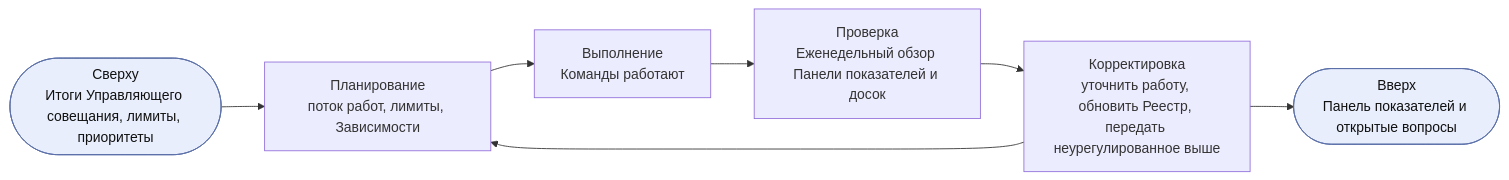
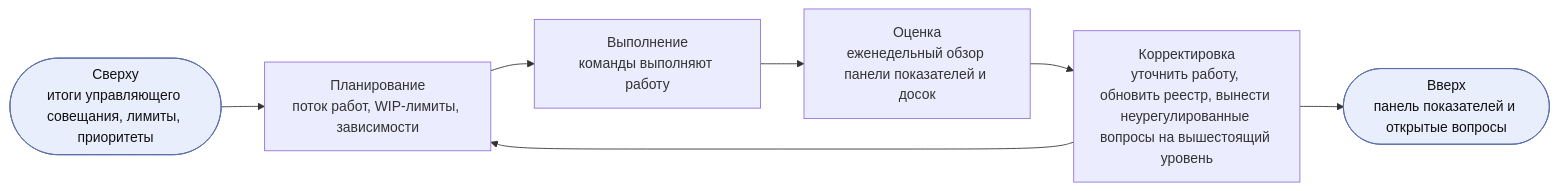
The fifth of 8 diagrams in charter/ru/documents/operating-model.md (devhogu/ob-aicc), drawn with Mermaid before and after one commit. The commit also changed other lines of this file and 2 other files, not shown here.

````diff
--- a/charter/ru/documents/operating-model.md
+++ b/charter/ru/documents/operating-model.md
@@ -224,7 +224,7 @@
 ```mermaid
 flowchart LR
-  IN(["Сверху<br/>Итоги Управляющего совещания, лимиты, приоритеты"]):::iface --> P
-  P["Планирование<br/>поток работ, лимиты, Зависимости"] --> D["Выполнение<br/>Команды работают"] --> C["Проверка<br/>Еженедельный обзор Панели показателей и досок"] --> A["Корректировка<br/>уточнить работу, обновить Реестр, передать неурегулированное выше"] --> P
-  A --> UP(["Вверх<br/>Панель показателей и открытые вопросы"]):::iface
+  IN(["Сверху<br/>итоги управляющего совещания, лимиты, приоритеты"]):::iface --> P
+  P["Планирование<br/>поток работ, WIP-лимиты, зависимости"] --> D["Выполнение<br/>команды выполняют работу"] --> C["Оценка<br/>еженедельный обзор панели показателей и досок"] --> A["Корректировка<br/>уточнить работу, обновить реестр, вынести неурегулированные вопросы на вышестоящий уровень"] --> P
+  A --> UP(["Вверх<br/>панель показателей и открытые вопросы"]):::iface
   classDef iface fill:#e8eefc,stroke:#5a6fa8,color:#111
 ```
````
